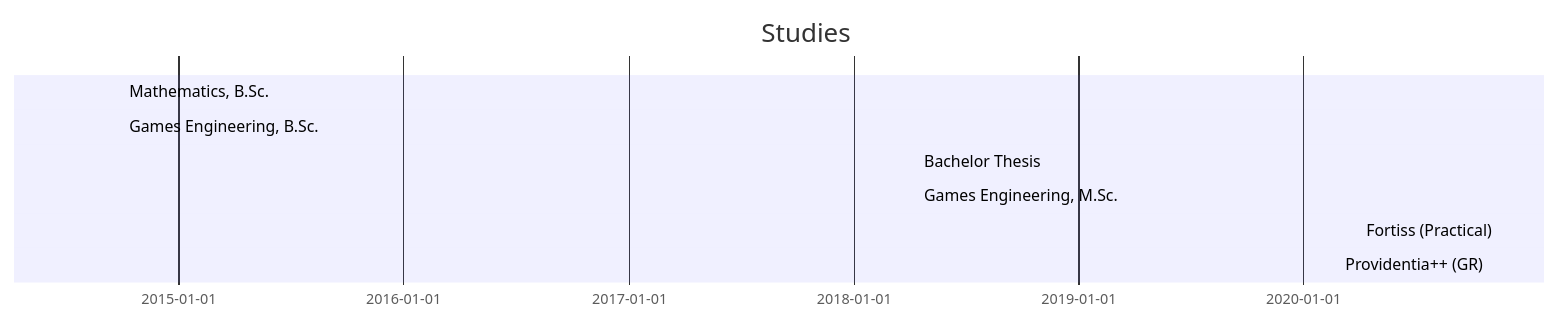
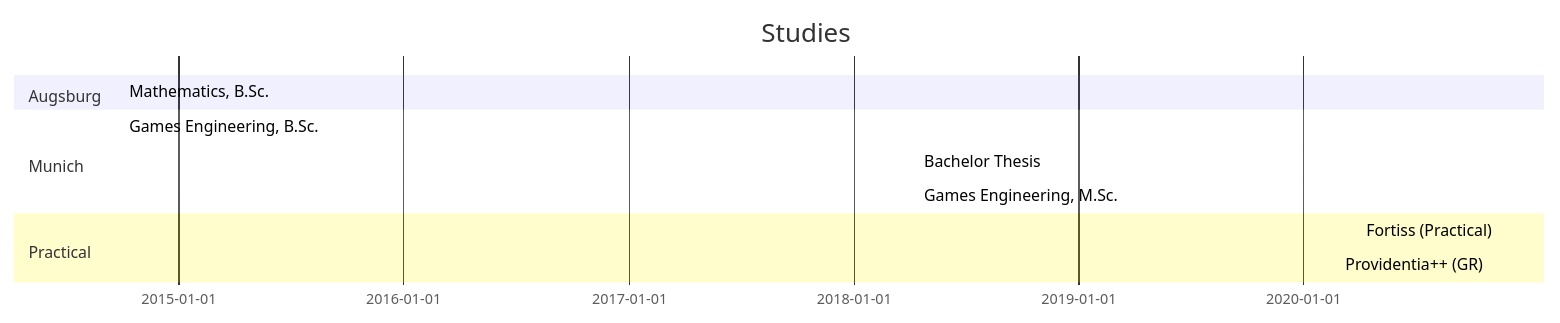
One commit to Brucknem/old.brucknem.github.io changed the second of 3 diagrams in _posts/2021-02-12-curriculum.markdown. Above: the diagram before and after it, drawn with Mermaid. The commit also changed other lines of this file and 1 other file, not shown here.

Commit message:
Diagrams readability

````diff
--- a/_posts/2021-02-12-curriculum.markdown
+++ b/_posts/2021-02-12-curriculum.markdown
@@ -18,10 +27,13 @@
 ```mermaid
 gantt
     title Studies
+	section Augsburg
     	Mathematics, B.Sc.			:	done,		des1,	2014-10-01,	2015-09-30
+	section Munich
         Games Engineering, B.Sc.    :   done,       des2,   after des1, 2018-10-15
 		Bachelor Thesis				: 	done,		des3,	2018-04-15,	2018-10-15
         Games Engineering, M.Sc.    :   active,     des4,   after des3, 2021-10-31
+	section Practical
 		Fortiss (Practical)			:	done,		des5,	2020-04-01,	2020-09-30
 		Providentia++ (GR)			:	active,		des6,	2020-11-01,	2021-04-15
 ```
````
